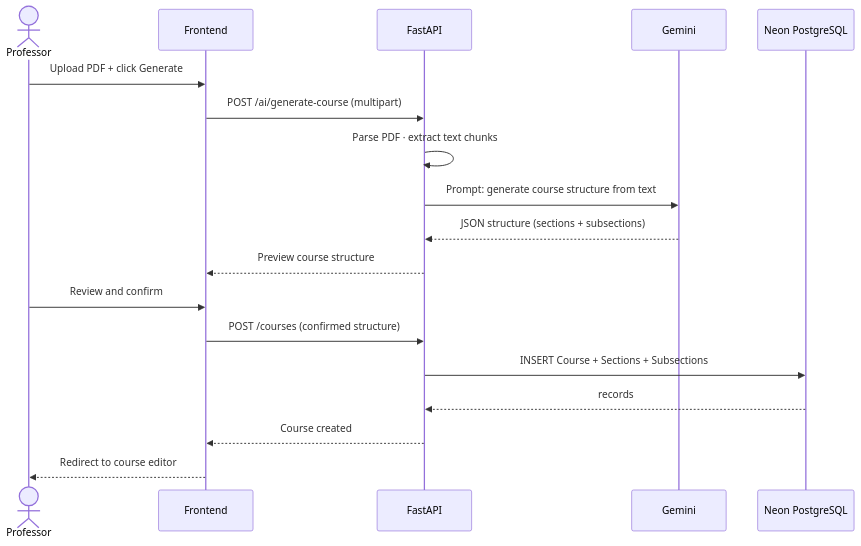
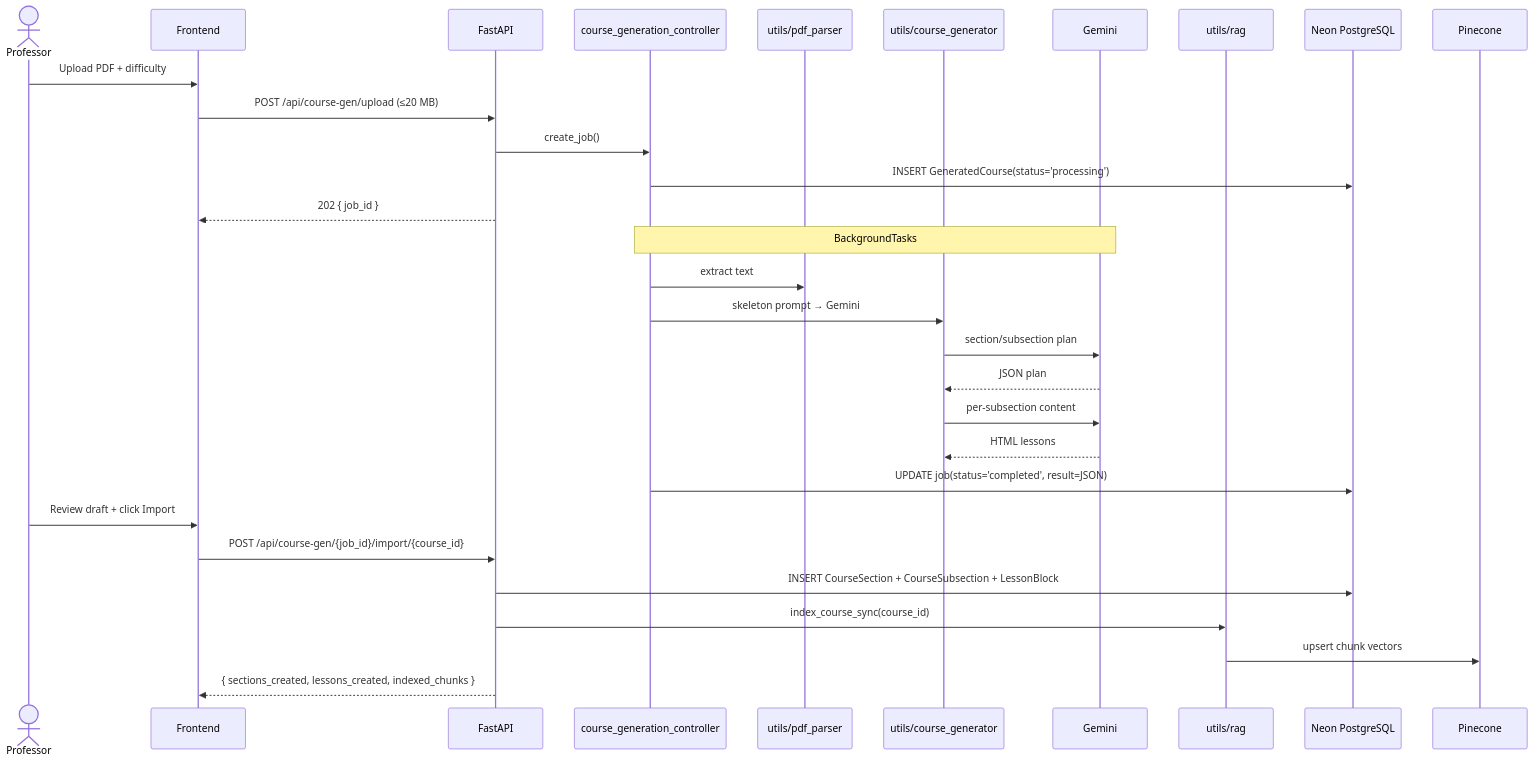
The fourth of 5 diagrams in docs/sprints/SPRINT_3.md (yazidha09/Hub4Learners), drawn with Mermaid before and after one commit. The commit also changed other lines of this file and 5 other files, not shown here.

````diff
--- a/docs/sprints/SPRINT_3.md
+++ b/docs/sprints/SPRINT_3.md
@@ -120,21 +143,35 @@
 ```mermaid
 sequenceDiagram
     actor Professor
     participant Frontend
     participant FastAPI
+    participant CGenCtrl as course_generation_controller
+    participant PDF as utils/pdf_parser
+    participant Generator as utils/course_generator
     participant Gemini
-    participant Neon PostgreSQL
+    participant RAG as utils/rag
+    participant DB as Neon PostgreSQL
+    participant Pinecone
 
-    Professor->>Frontend: Upload PDF + click Generate
-    Frontend->>FastAPI: POST /ai/generate-course (multipart)
-    FastAPI->>FastAPI: Parse PDF · extract text chunks
-    FastAPI->>Gemini: Prompt: generate course structure from text
-    Gemini-->>FastAPI: JSON structure (sections + subsections)
-    FastAPI-->>Frontend: Preview course structure
-    Professor->>Frontend: Review and confirm
-    Frontend->>FastAPI: POST /courses (confirmed structure)
-    FastAPI->>Neon PostgreSQL: INSERT Course + Sections + Subsections
-    Neon PostgreSQL-->>FastAPI: records
-    FastAPI-->>Frontend: Course created
-    Frontend-->>Professor: Redirect to course editor
+    Professor->>Frontend: Upload PDF + difficulty
+    Frontend->>FastAPI: POST /api/course-gen/upload (≤20 MB)
+    FastAPI->>CGenCtrl: create_job()
+    CGenCtrl->>DB: INSERT GeneratedCourse(status='processing')
+    FastAPI-->>Frontend: 202 { job_id }
+
+    Note over CGenCtrl,Gemini: BackgroundTasks
+    CGenCtrl->>PDF: extract text
+    CGenCtrl->>Generator: skeleton prompt → Gemini
+    Generator->>Gemini: section/subsection plan
+    Gemini-->>Generator: JSON plan
+    Generator->>Gemini: per-subsection content
+    Gemini-->>Generator: HTML lessons
+    CGenCtrl->>DB: UPDATE job(status='completed', result=JSON)
+
+    Professor->>Frontend: Review draft + click Import
+    Frontend->>FastAPI: POST /api/course-gen/{job_id}/import/{course_id}
+    FastAPI->>DB: INSERT CourseSection + CourseSubsection + LessonBlock
+    FastAPI->>RAG: index_course_sync(course_id)
+    RAG->>Pinecone: upsert chunk vectors
+    FastAPI-->>Frontend: { sections_created, lessons_created, indexed_chunks }
 ```
````
